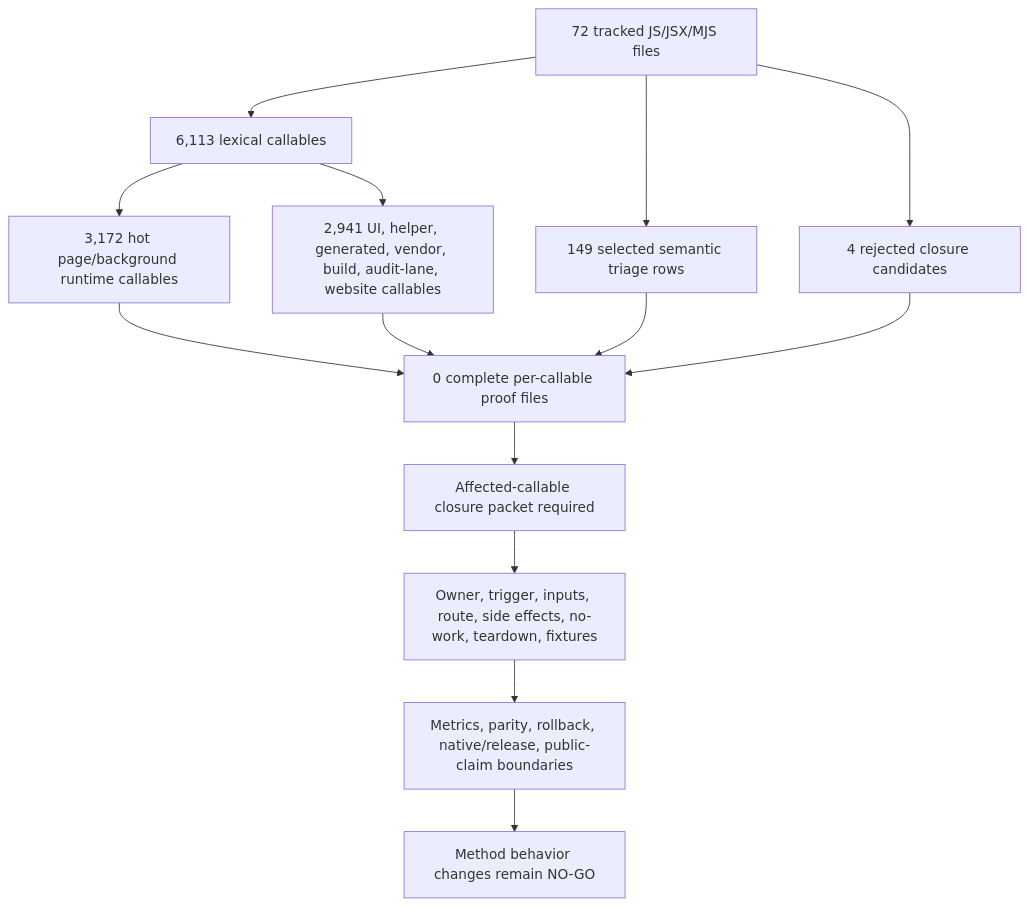
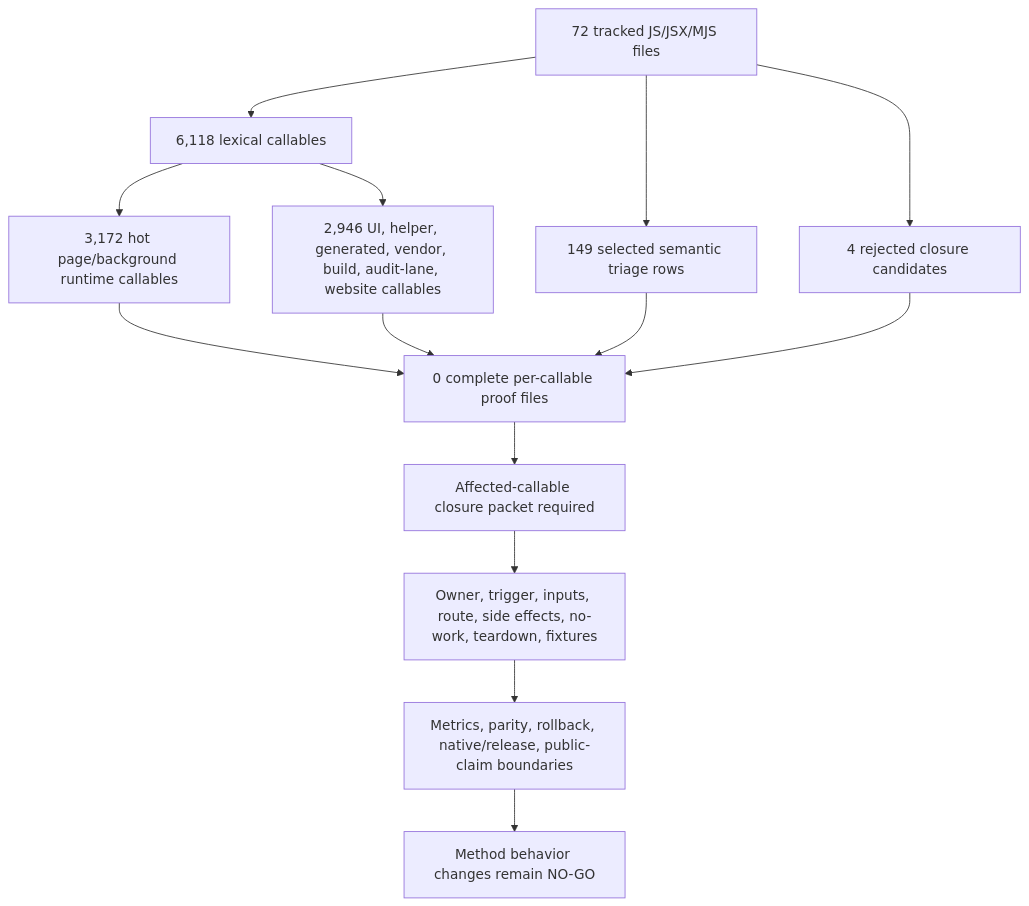
The first of 2 diagrams in docs/audit/FILTERTUBE_METHOD_SEMANTIC_PROOF_GAP_INDEX_CURRENT_BEHAVIOR_2026-05-25.md (varshneydevansh/FilterTube), drawn with Mermaid before and after one commit. The commit also changed other lines of this file and 46 other files, not shown here.

````diff
--- a/docs/audit/FILTERTUBE_METHOD_SEMANTIC_PROOF_GAP_INDEX_CURRENT_BEHAVIOR_2026-05-25.md
+++ b/docs/audit/FILTERTUBE_METHOD_SEMANTIC_PROOF_GAP_INDEX_CURRENT_BEHAVIOR_2026-05-25.md
@@ -147,16 +147,16 @@
 ```mermaid
 flowchart TD
-  A["72 tracked JS/JSX/MJS files"] --> B["6,113 lexical callables"]
+  A["72 tracked JS/JSX/MJS files"] --> B["6,118 lexical callables"]
   B --> C["3,172 hot page/background runtime callables"]
-  B --> D["2,941 UI, helper, generated, vendor, build, audit-lane, website callables"]
+  B --> D["2,946 UI, helper, generated, vendor, build, audit-lane, website callables"]
   A --> E["149 selected semantic triage rows"]
   A --> F["4 rejected closure candidates"]
   C --> G["0 complete per-callable proof files"]
   D --> G
   E --> G
   F --> G
   G --> H["Affected-callable closure packet required"]
   H --> I["Owner, trigger, inputs, route, side effects, no-work, teardown, fixtures"]
   I --> J["Metrics, parity, rollback, native/release, public-claim boundaries"]
   J --> K["Method behavior changes remain NO-GO"]
 ```
````
